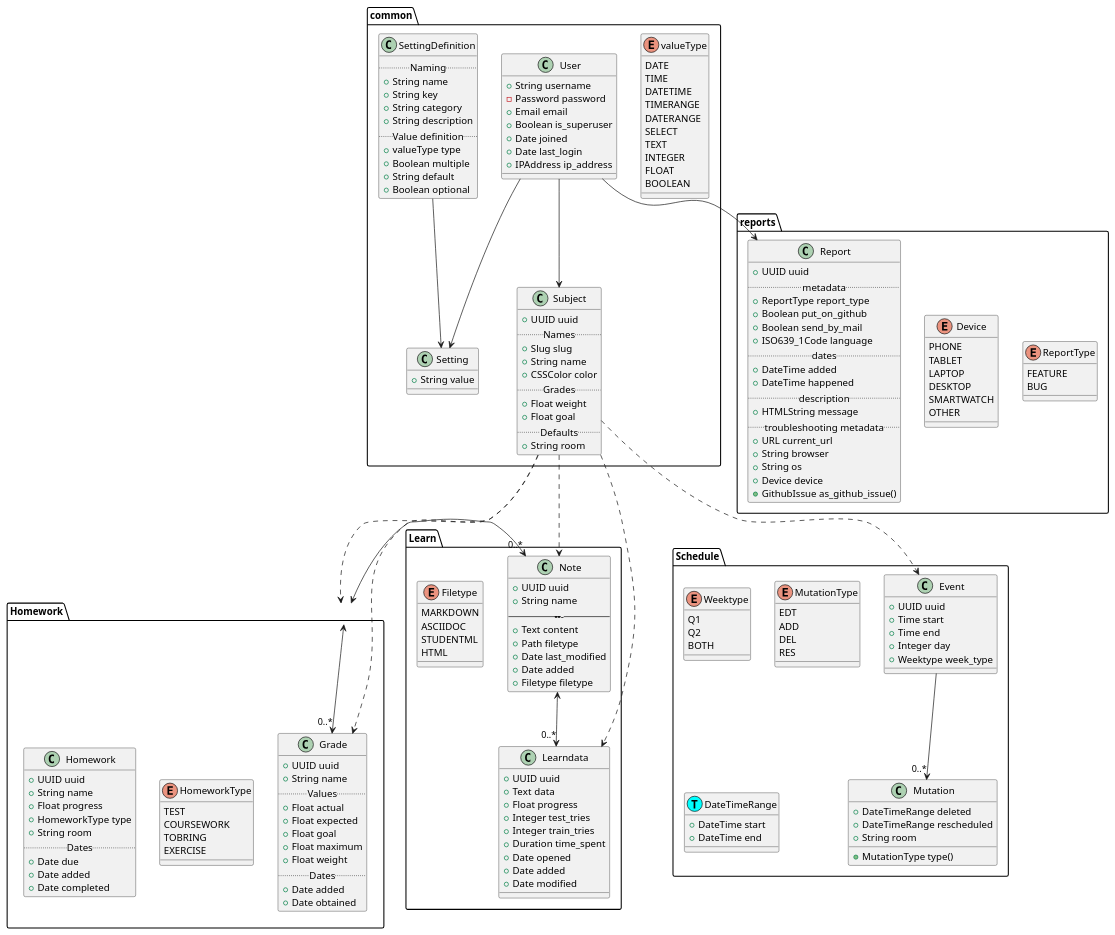
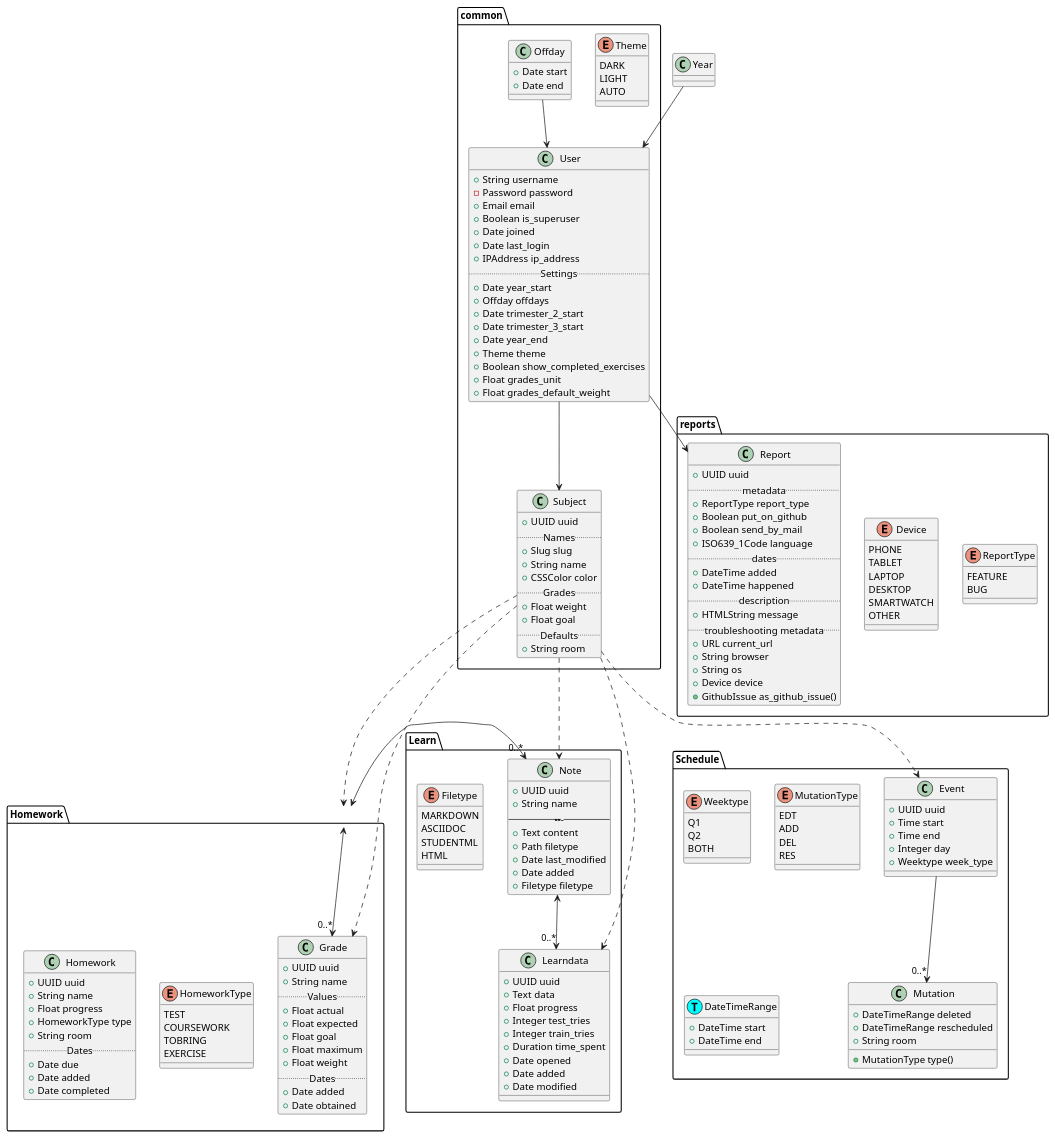
One commit to schoolsyst/api changed the diagram in DATABASE_V2.puml. Above: the diagram before and after it, drawn with PlantUML. The commit also changed 7 other files, not shown here.

```diff
--- a/DATABASE_V2.puml
+++ b/DATABASE_V2.puml
@@ -13,36 +13,6 @@
         + String room
     }
 
-    enum valueType {
-        DATE
-        TIME
-        DATETIME
-        TIMERANGE
-        DATERANGE
-        SELECT
-        TEXT
-        INTEGER
-        FLOAT
-        BOOLEAN
-    }
-
-    class SettingDefinition {
-        ..Naming..
-        + String name
-        + String key
-        + String category
-        + String description
-        ..Value definition..
-        + valueType type
-        + Boolean multiple
-        + String default
-        + Boolean optional
-    }
-
-    class Setting {
-        + String value
-    }
-
     class User {
         + String username
         - Password password
@@ -51,8 +21,33 @@
         + Date joined
         + Date last_login
         + IPAddress ip_address
+        ..Settings..
+        + Date year_start
+        + Offday offdays
+        + Date trimester_2_start
+        + Date trimester_3_start
+        + Date year_end
+        + Theme theme
+        + Boolean show_completed_exercises
+        + Float grades_unit
+        + Float grades_default_weight
+    }
+    
+    enum Theme {
+        DARK
+        LIGHT
+        AUTO
+    }
+    
+    class Offday {
+        + Date start
+        + Date end
     }
 }
+
+Year --> User
+Offday --> User
+
 package Learn {
     enum Filetype {
         MARKDOWN
@@ -193,9 +188,7 @@
 }
 
 User --> Subject
-User --> Setting
 User --> Report
-SettingDefinition --> Setting
 
 Subject ..> Note
 Subject ..> Homework
```
